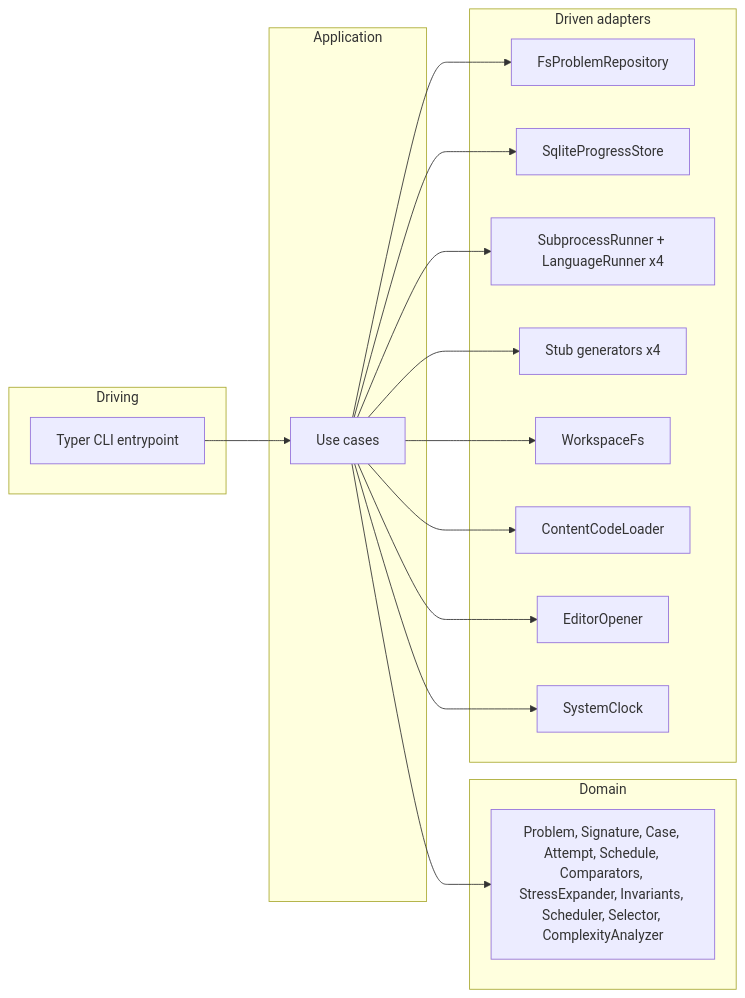
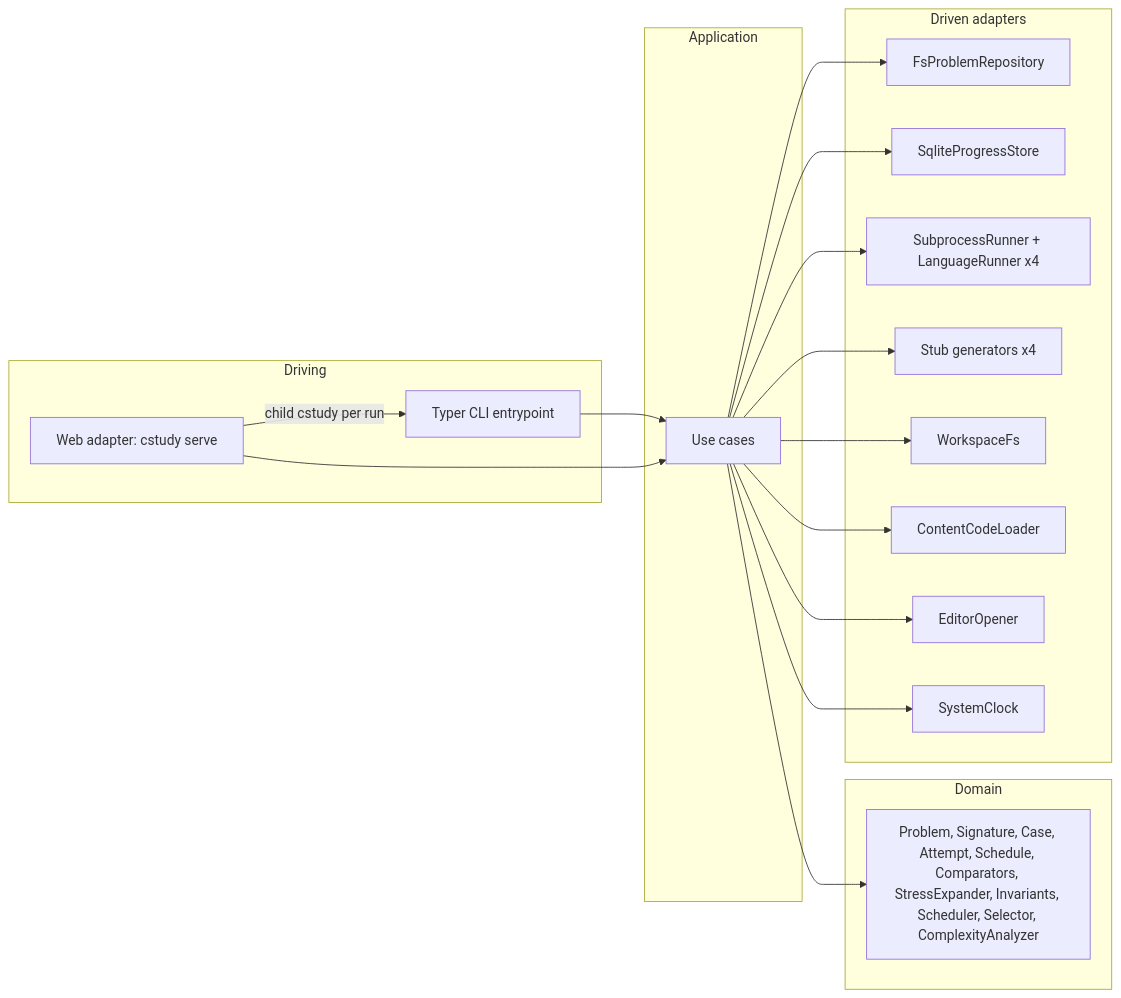
The first of 4 diagrams in docs/architecture.md (bkuberek/coding-study), drawn with Mermaid before and after one commit. The commit also changed other lines of this file and 9 other files, not shown here.

````diff
--- a/docs/architecture.md
+++ b/docs/architecture.md
@@ -22,24 +23,27 @@
 ```mermaid
 flowchart LR
   subgraph Driving
     CLI[Typer CLI entrypoint]
+    WEB[Web adapter: cstudy serve]
   end
   subgraph Application
     UC[Use cases]
   end
   subgraph Domain
     D[Problem, Signature, Case, Attempt, Schedule, Comparators, StressExpander, Invariants, Scheduler, Selector, ComplexityAnalyzer]
   end
   subgraph Driven adapters
     FS[FsProblemRepository]
     DB[SqliteProgressStore]
     RUN[SubprocessRunner + LanguageRunner x4]
     GEN[Stub generators x4]
     WS[WorkspaceFs]
     PY[ContentCodeLoader]
     ED[EditorOpener]
     CLK[SystemClock]
   end
   CLI --> UC --> D
+  WEB --> UC
+  WEB -->|child cstudy per run| CLI
   UC --> FS & DB & RUN & GEN & WS & PY & ED & CLK
 ```
````
